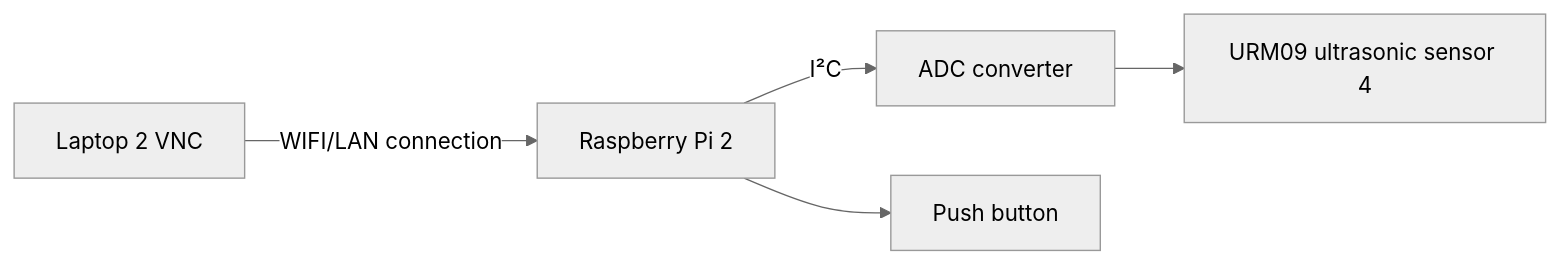
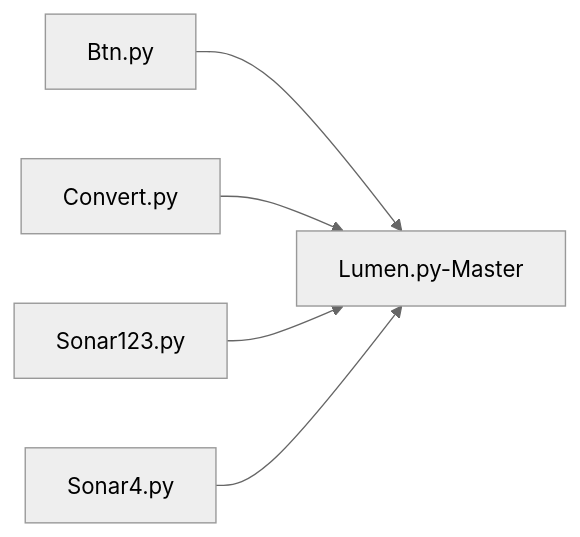
Before and after one commit to timsjt/EGL314_TEAMB: the second of 2 diagrams in README.md, drawn with Mermaid (neutral theme). The commit also changed other lines of this file, not shown here.

````diff
--- a/README.md
+++ b/README.md
@@ -30,9 +52,9 @@
 ```mermaid
 graph LR
 
-A[Laptop 2 VNC] --WIFI/LAN connection-->B[Raspberry Pi 2]--I²C-->C[ADC converter]-->D[URM09 ultrasonic sensor 4]
-B-->E[Push button]
-
-
+B[Btn.py]-->A[Lumen.py-Master]
+C[Convert.py]-->A[Lumen.py-Master]
+D[Sonar123.py]-->A[Lumen.py-Master]
+E[Sonar4.py]-->A[Lumen.py-Master]
 
 ```
````
